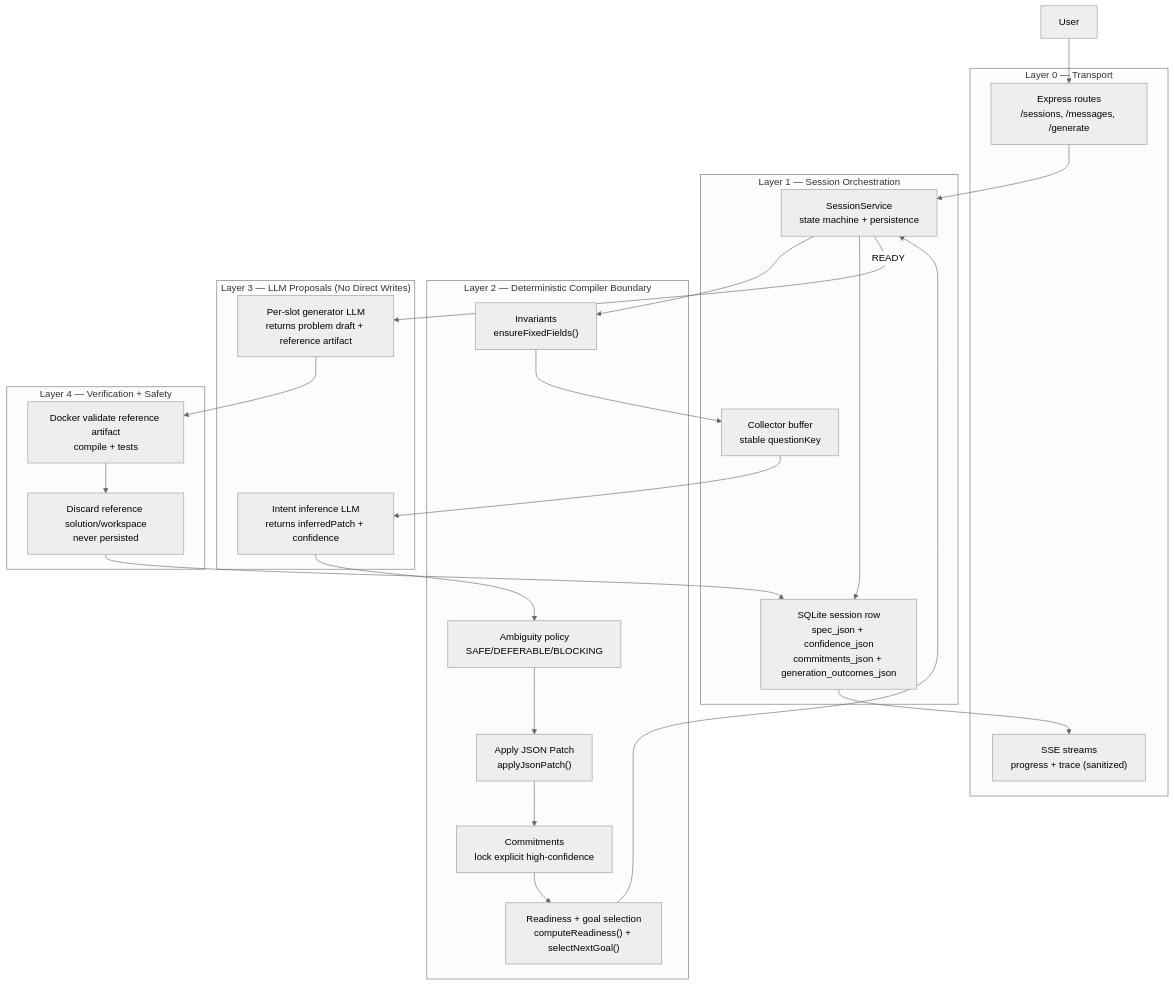
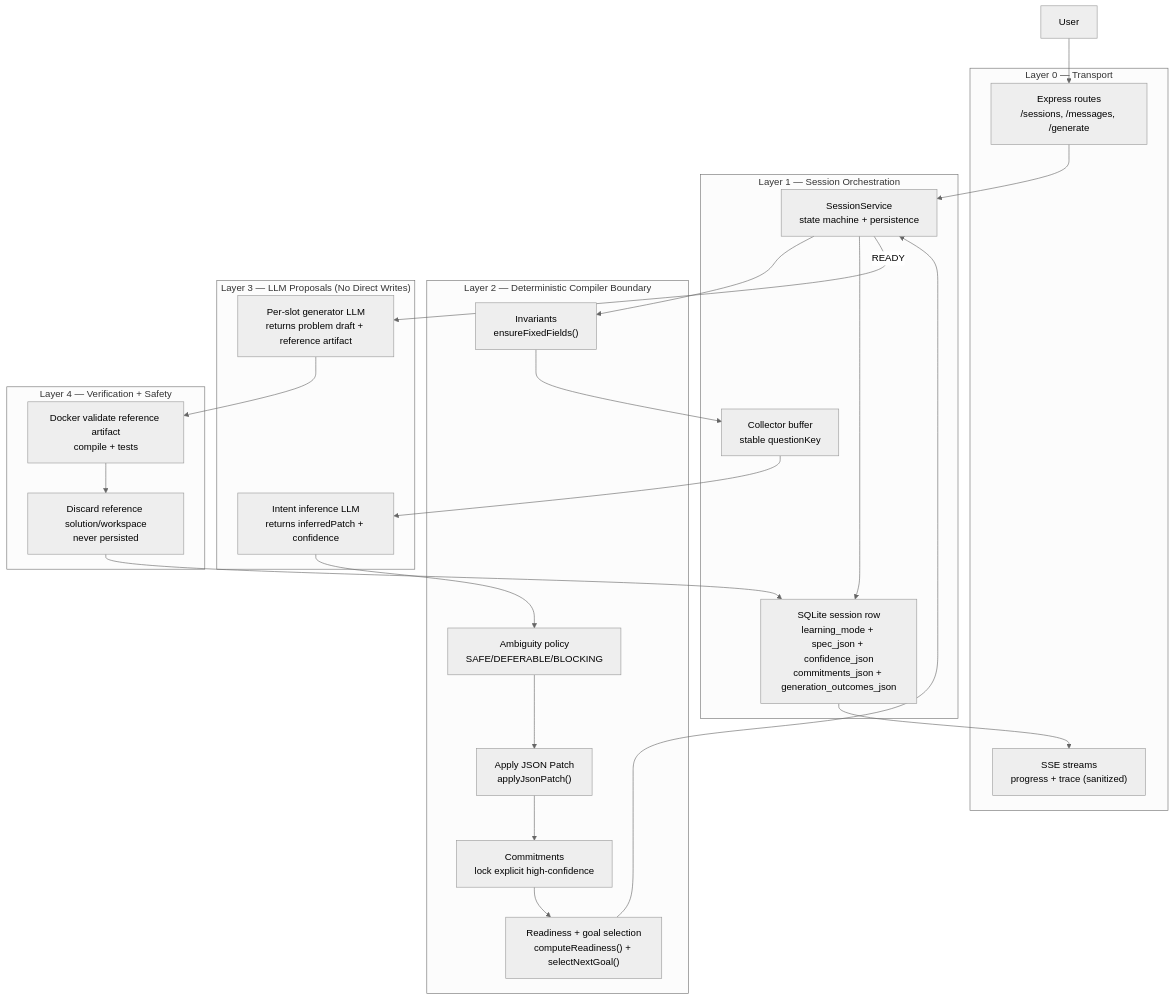
The third of 3 diagrams in documentation/AGENTIC_PLATFORM.md (gael55x/Codemm-backend), drawn with Mermaid (neutral theme) before and after one commit. The commit also changed other lines of this file and 14 other files, not shown here.

````diff
--- a/documentation/AGENTIC_PLATFORM.md
+++ b/documentation/AGENTIC_PLATFORM.md
@@ -246,39 +246,39 @@
 ```mermaid
 flowchart TB
   %% =========================================================
   %% CODEMM — AI AGENT LAYERS (LLM proposes, compiler decides)
   %% =========================================================
 
   subgraph L0["Layer 0 — Transport"]
     R1["Express routes<br/>/sessions, /messages, /generate"]
     SSE["SSE streams<br/>progress + trace (sanitized)"]
   end
 
   subgraph L1["Layer 1 — Session Orchestration"]
     SVC1["SessionService<br/>state machine + persistence"]
-    DB1["SQLite session row<br/>spec_json + confidence_json<br/>commitments_json + generation_outcomes_json"]
+    DB1["SQLite session row<br/>learning_mode + spec_json + confidence_json<br/>commitments_json + generation_outcomes_json"]
     COL1["Collector buffer<br/>stable questionKey"]
   end
 
   subgraph L2["Layer 2 — Deterministic Compiler Boundary"]
     INV1["Invariants<br/>ensureFixedFields()"]
     PATCH1["Apply JSON Patch<br/>applyJsonPatch()"]
     RDY1["Readiness + goal selection<br/>computeReadiness() + selectNextGoal()"]
     MEM1["Commitments<br/>lock explicit high-confidence"]
     AMB1["Ambiguity policy<br/>SAFE/DEFERABLE/BLOCKING"]
   end
 
   subgraph L3["Layer 3 — LLM Proposals (No Direct Writes)"]
     IR1["Intent inference LLM<br/>returns inferredPatch + confidence"]
     GEN1["Per-slot generator LLM<br/>returns problem draft + reference artifact"]
   end
 
   subgraph L4["Layer 4 — Verification + Safety"]
     DOCKER["Docker validate reference artifact<br/>compile + tests"]
     DISCARD["Discard reference solution/workspace<br/>never persisted"]
   end
 
   U["User"] --> R1 --> SVC1 --> INV1 --> COL1 --> IR1 --> AMB1 --> PATCH1 --> MEM1 --> RDY1 --> SVC1 --> DB1
   SVC1 -->|READY| GEN1 --> DOCKER --> DISCARD --> DB1
   DB1 --> SSE
 ```
````
